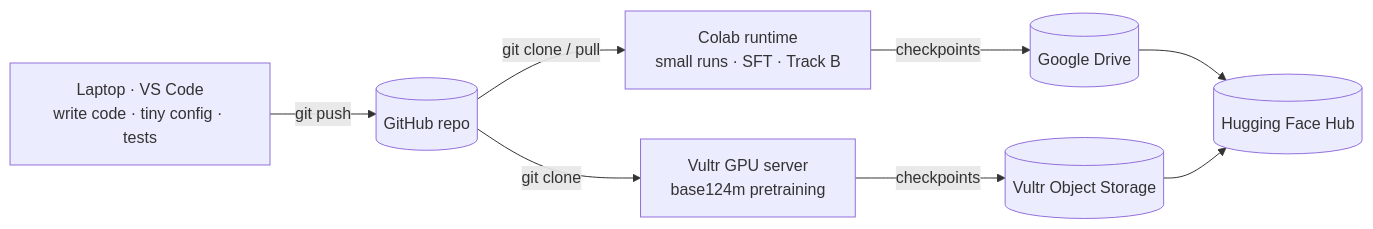
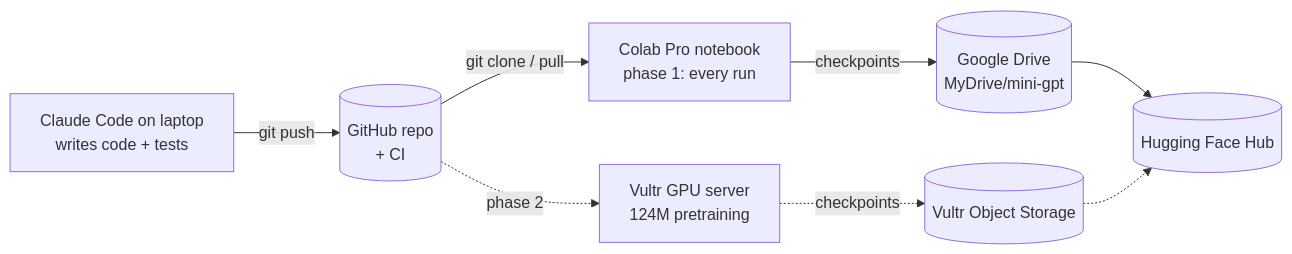
The second of 2 diagrams in docs/system-design.md (VARMAMASTER/Train-Your-Own-GPT), drawn with Mermaid before and after one commit. The commit also changed other lines of this file and 1 other file, not shown here.

Commit message:
Design v2: phase 1 on Colab Pro (14M + Gita fine-tune), phase 2 on Vultr

````diff
--- a/docs/system-design.md
+++ b/docs/system-design.md
@@ -224,10 +235,10 @@
 ```mermaid
 flowchart LR
-    LAP[Laptop · VS Code<br/>write code · tiny config · tests] -->|git push| GH[(GitHub repo)]
-    GH -->|git clone / pull| COLAB[Colab runtime<br/>small runs · SFT · Track B]
-    GH -->|git clone| VULTR[Vultr GPU server<br/>base124m pretraining]
-    COLAB -->|checkpoints| DRIVE[(Google Drive)]
-    VULTR -->|checkpoints| OBJ[(Vultr Object Storage)]
+    CC[Claude Code on laptop<br/>writes code + tests] -->|git push| GH[(GitHub repo<br/>+ CI)]
+    GH -->|git clone / pull| COLAB[Colab Pro notebook<br/>phase 1: every run]
+    GH -.->|phase 2| VULTR[Vultr GPU server<br/>124M pretraining]
+    COLAB -->|checkpoints| DRIVE[(Google Drive<br/>MyDrive/mini-gpt)]
+    VULTR -.->|checkpoints| OBJ[(Vultr Object Storage)]
     DRIVE --> HF[(Hugging Face Hub)]
-    OBJ --> HF
+    OBJ -.-> HF
 ```
````
